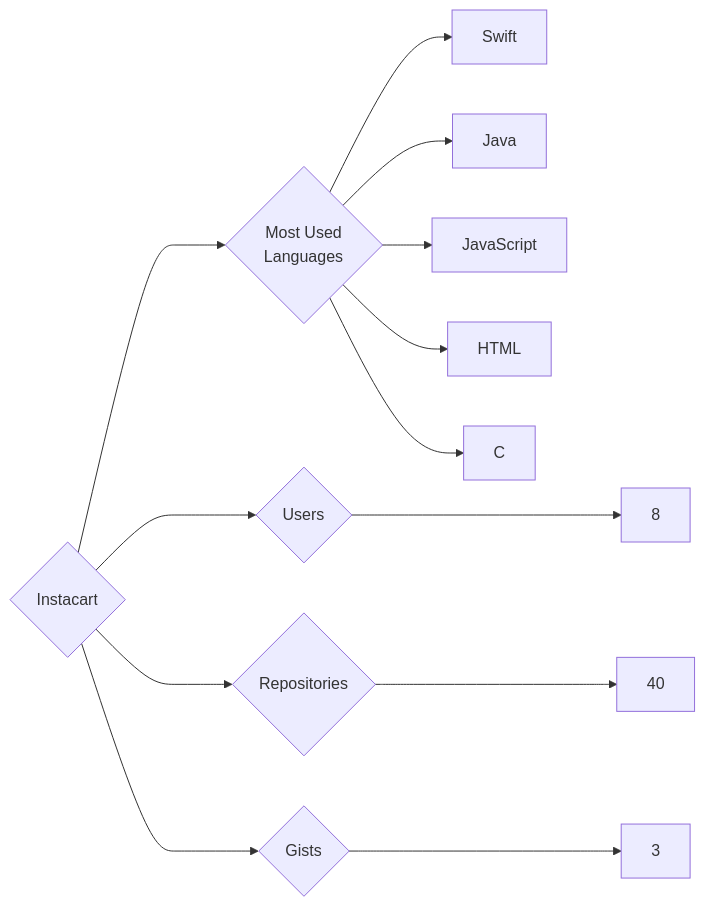
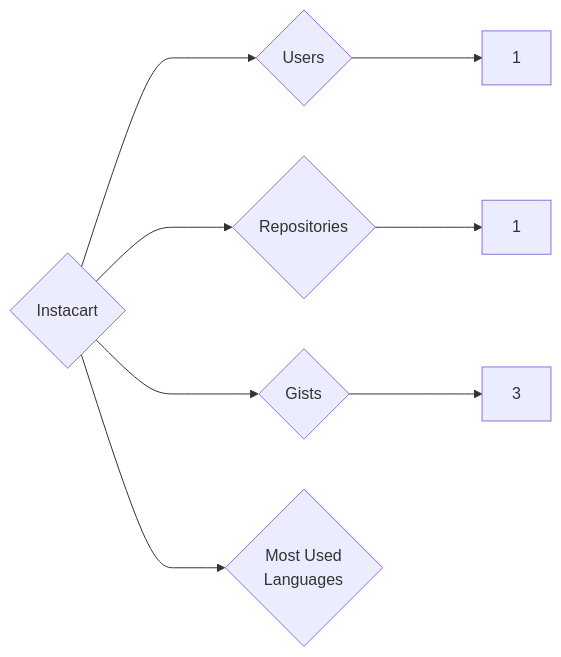
One commit to trickest/insiders changed the diagram in targets/Instacart/README.md. Above: the diagram before and after it, drawn with Mermaid. The commit also changed 840 other files, not shown here.

````diff
--- a/targets/Instacart/README.md
+++ b/targets/Instacart/README.md
@@ -3,13 +3,8 @@
 ```mermaid
 graph LR
 COMPANY_NAME{Instacart}
-COMPANY_NAME ---> U{Users} ---> UN[8]
-COMPANY_NAME ---> R{Repositories} ---> RN[40]
+COMPANY_NAME ---> U{Users} ---> UN[1]
+COMPANY_NAME ---> R{Repositories} ---> RN[1]
 COMPANY_NAME ---> G{Gists} ---> GN[3]
 COMPANY_NAME ---> ML{Most Used<br>Languages}
-ML --> Swift[Swift]
-ML --> Java[Java]
-ML --> JavaScript[JavaScript]
-ML --> HTML[HTML]
-ML --> C[C]
 ```
````
